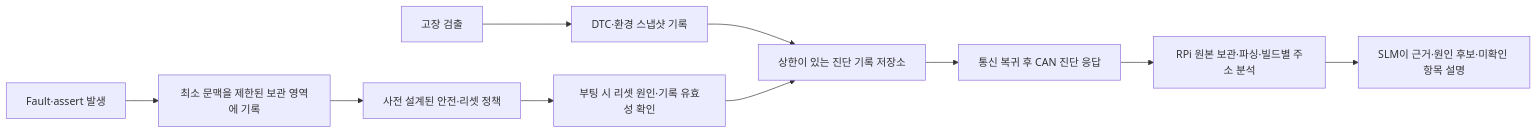
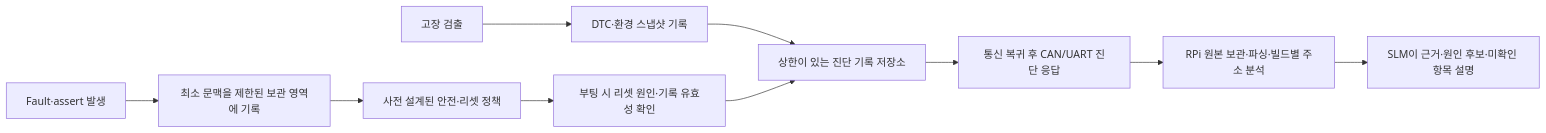
Before and after one commit to ssafy16-embbedded21-team1-2/ssafy_embedded_pjt_setup: the second of 2 diagrams in docs/차량용_CAN_통신_도입_및_아키텍처_설계.md, drawn with Mermaid. The commit also changed other lines of this file and 16 other files, not shown here.

````diff
--- a/docs/차량용_CAN_통신_도입_및_아키텍처_설계.md
+++ b/docs/차량용_CAN_통신_도입_및_아키텍처_설계.md
@@ -264,12 +177,12 @@
 ```mermaid
 flowchart LR
     MON[고장 검출] --> SNAP[DTC·환경 스냅샷 기록]
     FAULT[Fault·assert 발생] --> MIN[최소 문맥을 제한된 보관 영역에 기록]
     MIN --> RESET[사전 설계된 안전·리셋 정책]
     RESET --> BOOT[부팅 시 리셋 원인·기록 유효성 확인]
     SNAP --> STORE[상한이 있는 진단 기록 저장소]
     BOOT --> STORE
-    STORE --> DIAG[통신 복귀 후 CAN 진단 응답]
+    STORE --> DIAG[통신 복귀 후 CAN/UART 진단 응답]
     DIAG --> HOST[RPi 원본 보관·파싱·빌드별 주소 분석]
     HOST --> LLM[SLM이 근거·원인 후보·미확인 항목 설명]
 ```
````
